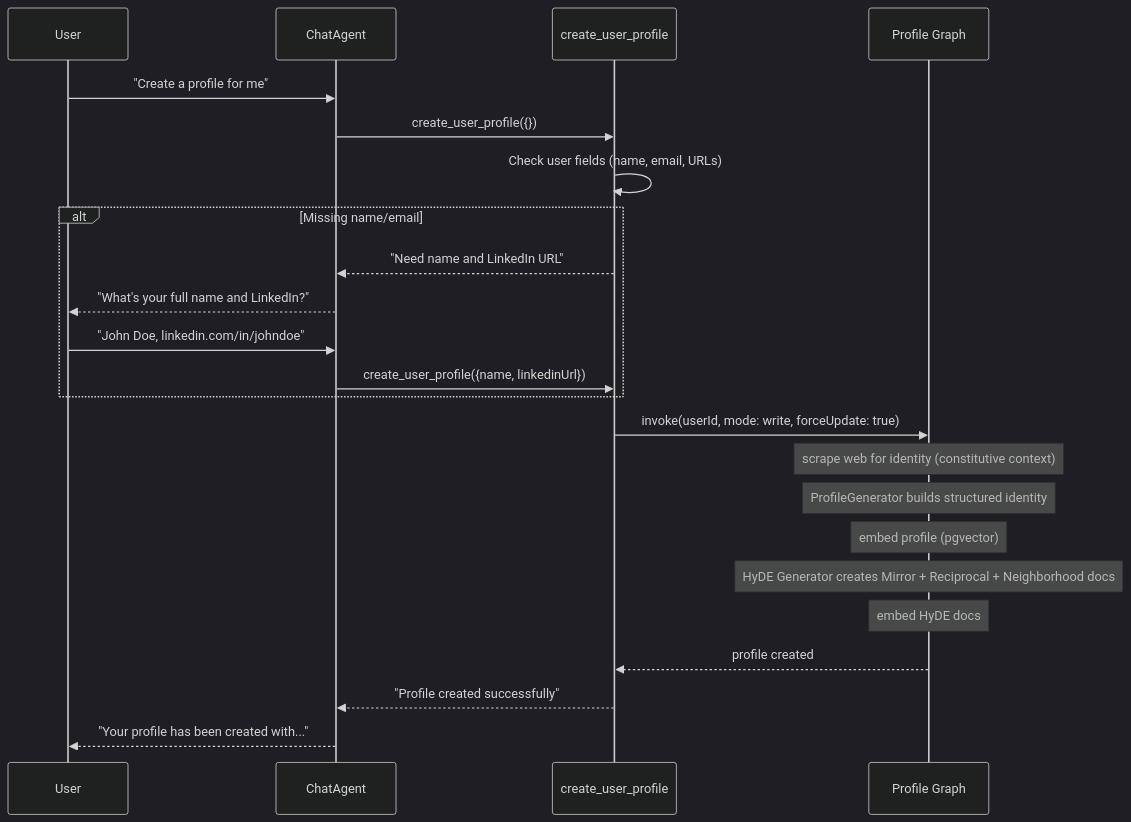
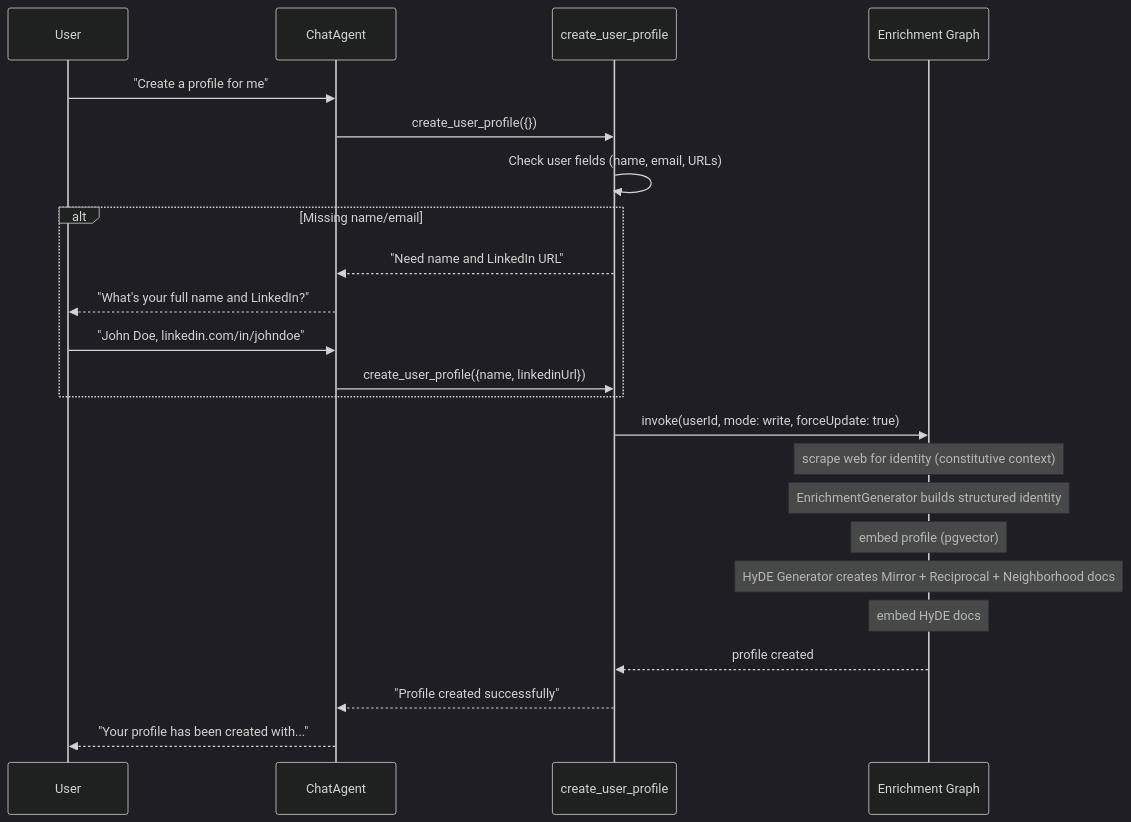
One commit to indexnetwork/index changed the third of 5 diagrams in packages/protocol/src/README.md. Above: the diagram before and after it, drawn with Mermaid (dark theme). The commit also changed other lines of this file and 130 other files, not shown here.

First line of the commit message:
refactor!: eliminate the profile concept — rename pipeline to enrichment (IND-368) (#1000)

````diff
--- a/packages/protocol/src/README.md
+++ b/packages/protocol/src/README.md
@@ -214,26 +214,26 @@
 ```mermaid
 sequenceDiagram
     participant User
     participant Agent as ChatAgent
     participant PT as create_user_profile
-    participant PG as Profile Graph
+    participant PG as Enrichment Graph
 
     User->>Agent: "Create a profile for me"
     Agent->>PT: create_user_profile({})
     PT->>PT: Check user fields (name, email, URLs)
     alt Missing name/email
         PT-->>Agent: "Need name and LinkedIn URL"
         Agent-->>User: "What's your full name and LinkedIn?"
         User->>Agent: "John Doe, linkedin.com/in/johndoe"
         Agent->>PT: create_user_profile({name, linkedinUrl})
     end
     PT->>PG: invoke(userId, mode: write, forceUpdate: true)
     Note over PG: scrape web for identity (constitutive context)
-    Note over PG: ProfileGenerator builds structured identity
+    Note over PG: EnrichmentGenerator builds structured identity
     Note over PG: embed profile (pgvector)
     Note over PG: HyDE Generator creates Mirror + Reciprocal + Neighborhood docs
     Note over PG: embed HyDE docs
     PG-->>PT: profile created
     PT-->>Agent: "Profile created successfully"
     Agent-->>User: "Your profile has been created with..."
 ```
````
